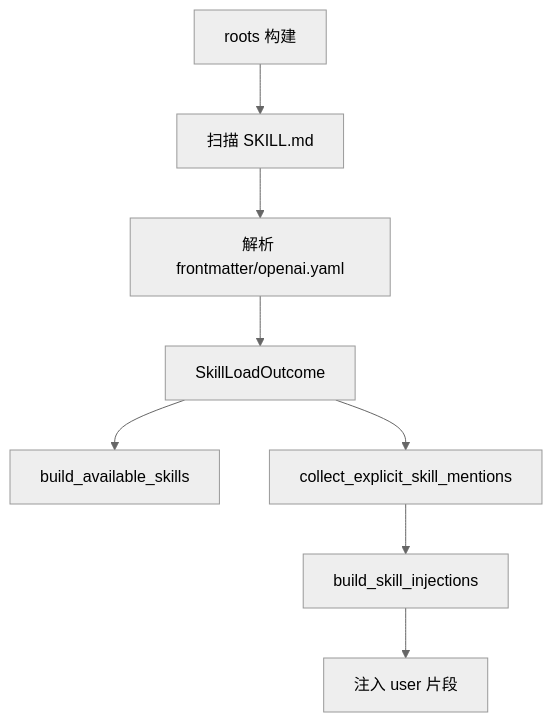
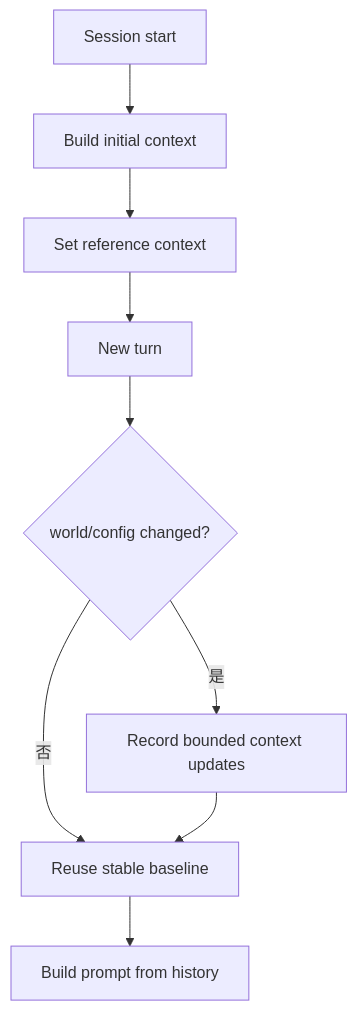
Before and after one commit to GLBB/codex-source-analysis: the second of 3 diagrams in Part I Principles and Usage/07-Prompt组装与Skill注入.md, drawn with Mermaid. The commit also changed other lines of this file and 49 other files, not shown here.

````diff
--- a/Part I Principles and Usage/07-Prompt组装与Skill注入.md
+++ b/Part I Principles and Usage/07-Prompt组装与Skill注入.md
@@ -258,11 +57,11 @@
 ```mermaid
-%%{init:{'theme':'neutral','themeVariables':{'background':'#ffffff'}}}%%
 flowchart TD
-    A["roots 构建"] --> B["扫描 SKILL.md"]
-    B --> C["解析 frontmatter/openai.yaml"]
-    C --> D["SkillLoadOutcome"]
-    D --> E["build_available_skills"]
-    D --> F["collect_explicit_skill_mentions"]
-    F --> G["build_skill_injections"]
-    G --> H["注入 <skill> user 片段"]
+    A[Session start] --> B[Build initial context]
+    B --> C[Set reference context]
+    C --> D[New turn]
+    D --> E{world/config changed?}
+    E -- 否 --> F[Reuse stable baseline]
+    E -- 是 --> G[Record bounded context updates]
+    G --> F
+    F --> H[Build prompt from history]
 ```
````
